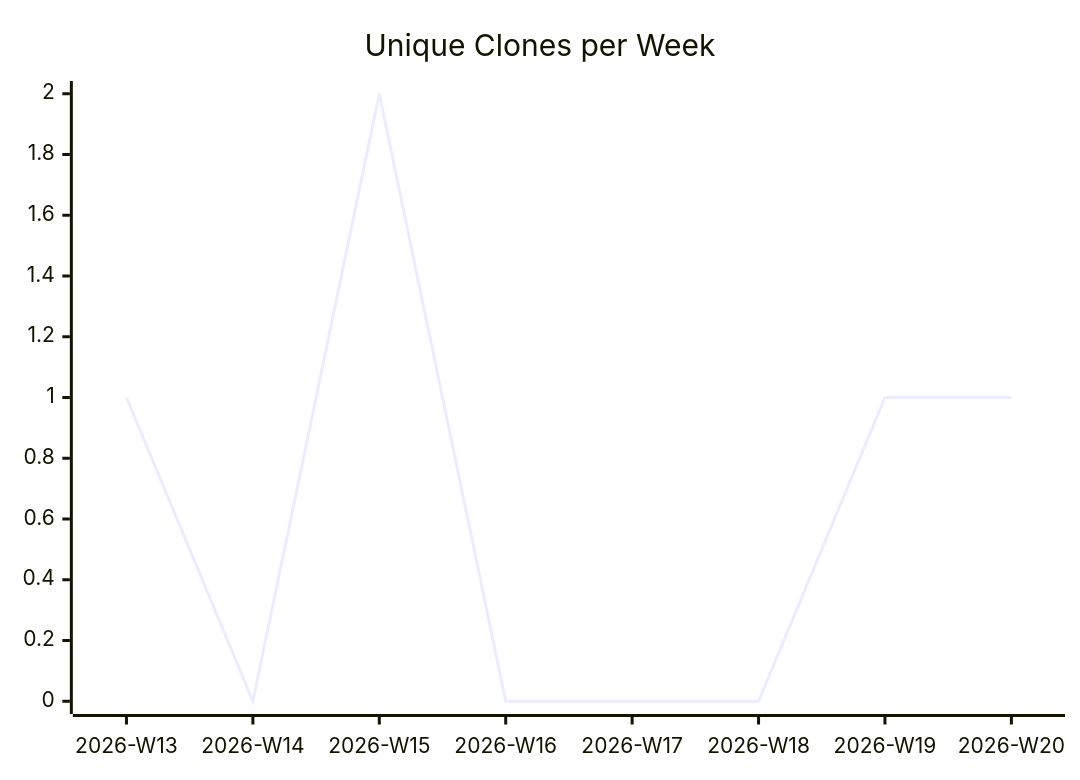
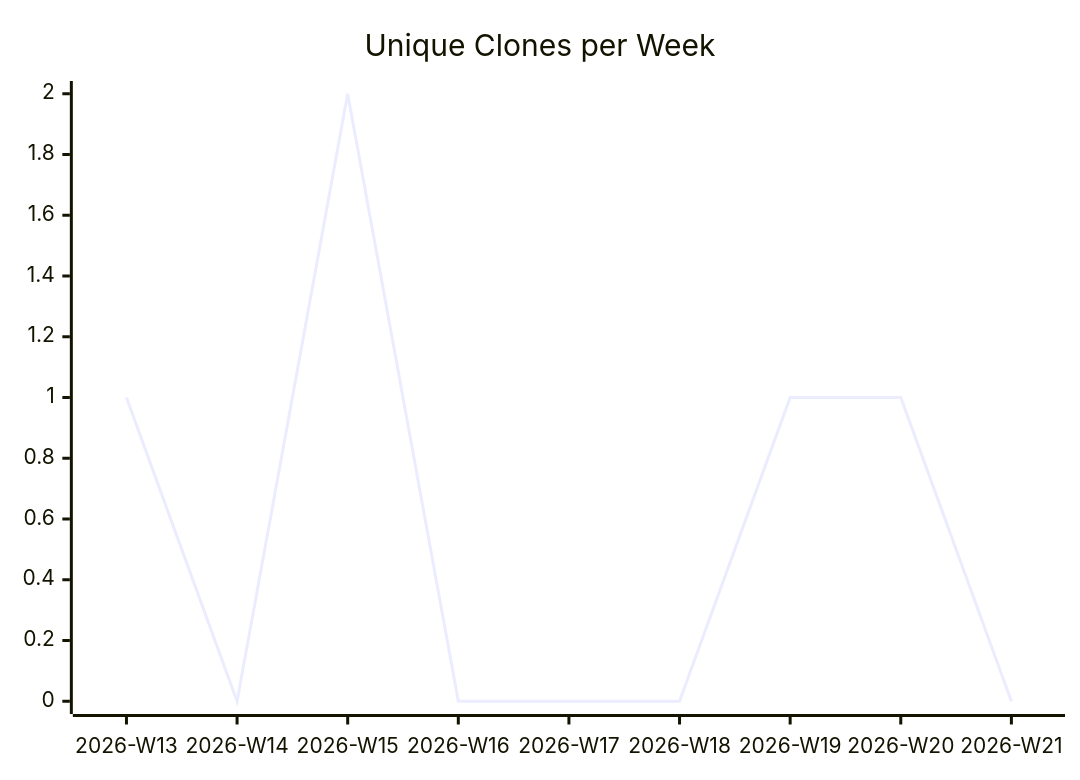
The third of 3 diagrams in karlmdavis/puppet-archive/README.md (justdavis-family/github-analytics-data), drawn with Mermaid before and after one commit. The commit also changed other lines of this file and 189 other files, not shown here.

````diff
--- a/karlmdavis/puppet-archive/README.md
+++ b/karlmdavis/puppet-archive/README.md
@@ -19,6 +19,6 @@
 ```mermaid
 xychart-beta
   title "Unique Clones per Week"
-  x-axis ["2026-W13", "2026-W14", "2026-W15", "2026-W16", "2026-W17", "2026-W18", "2026-W19", "2026-W20"]
-  line [1, 0, 2, 0, 0, 0, 1, 1]
+  x-axis ["2026-W13", "2026-W14", "2026-W15", "2026-W16", "2026-W17", "2026-W18", "2026-W19", "2026-W20", "2026-W21"]
+  line [1, 0, 2, 0, 0, 0, 1, 1, 0]
 ```
````
